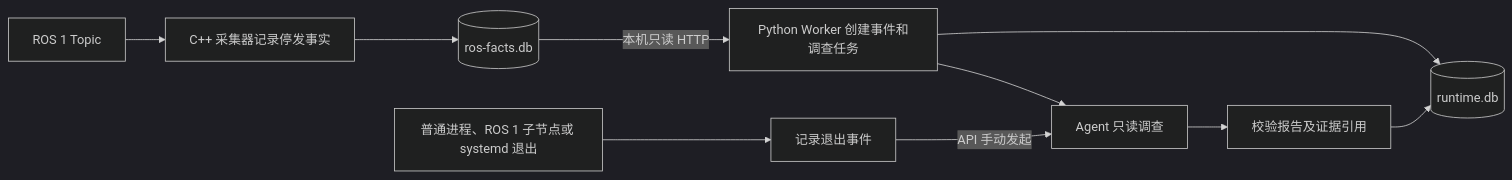
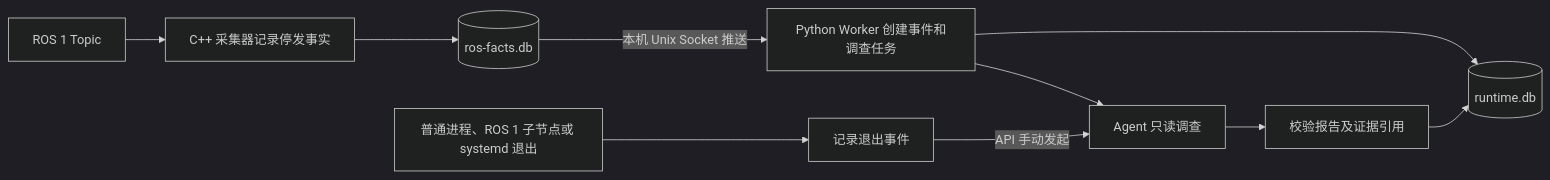
Before and after one commit to yishian6/RobotOps: the diagram in README.md, drawn with Mermaid (dark theme). The commit also changed other lines of this file and 26 other files, not shown here.

````diff
--- a/README.md
+++ b/README.md
@@ -17,12 +18,12 @@
 ```mermaid
 flowchart LR
     A["ROS 1 Topic"] --> B["C++ 采集器记录停发事实"]
     B --> F[("ros-facts.db")]
-    F -->|"本机只读 HTTP"| C["Python Worker 创建事件和调查任务"]
+    F -->|"本机 Unix Socket 推送"| C["Python Worker 创建事件和调查任务"]
     X["普通进程、ROS 1 子节点或 systemd 退出"] --> Y["记录退出事件"]
     Y -->|"API 手动发起"| D["Agent 只读调查"]
     C --> D
     D --> E["校验报告及证据引用"]
     C --> R[("runtime.db")]
     E --> R
 ```
````
